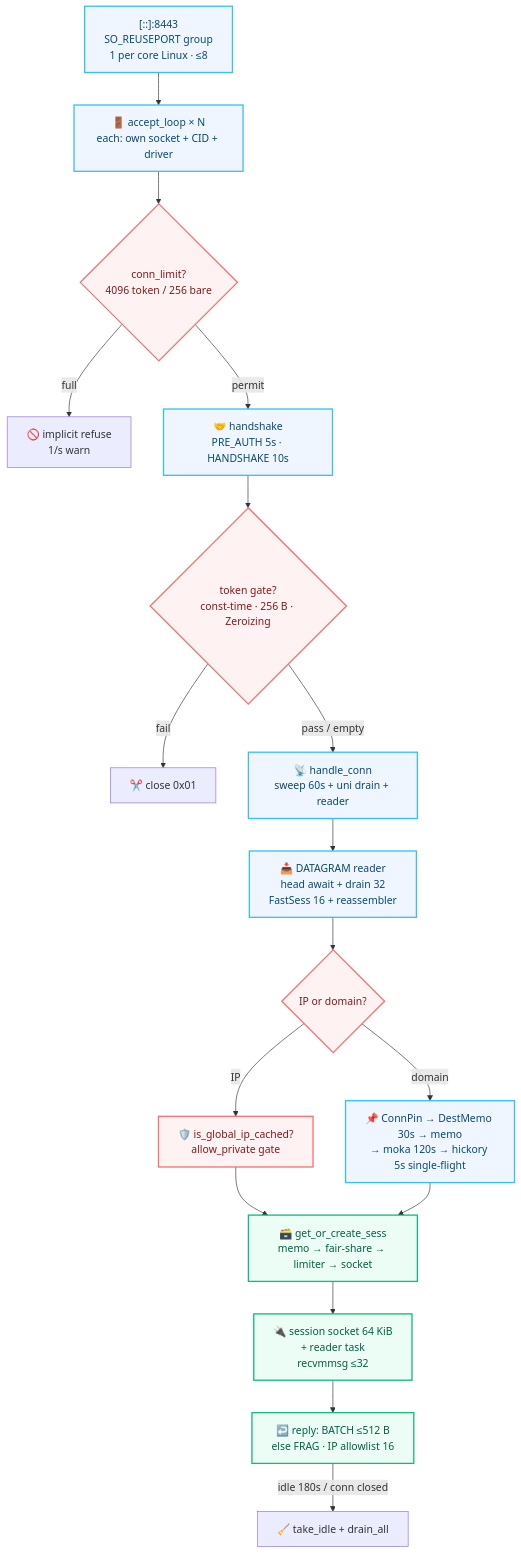
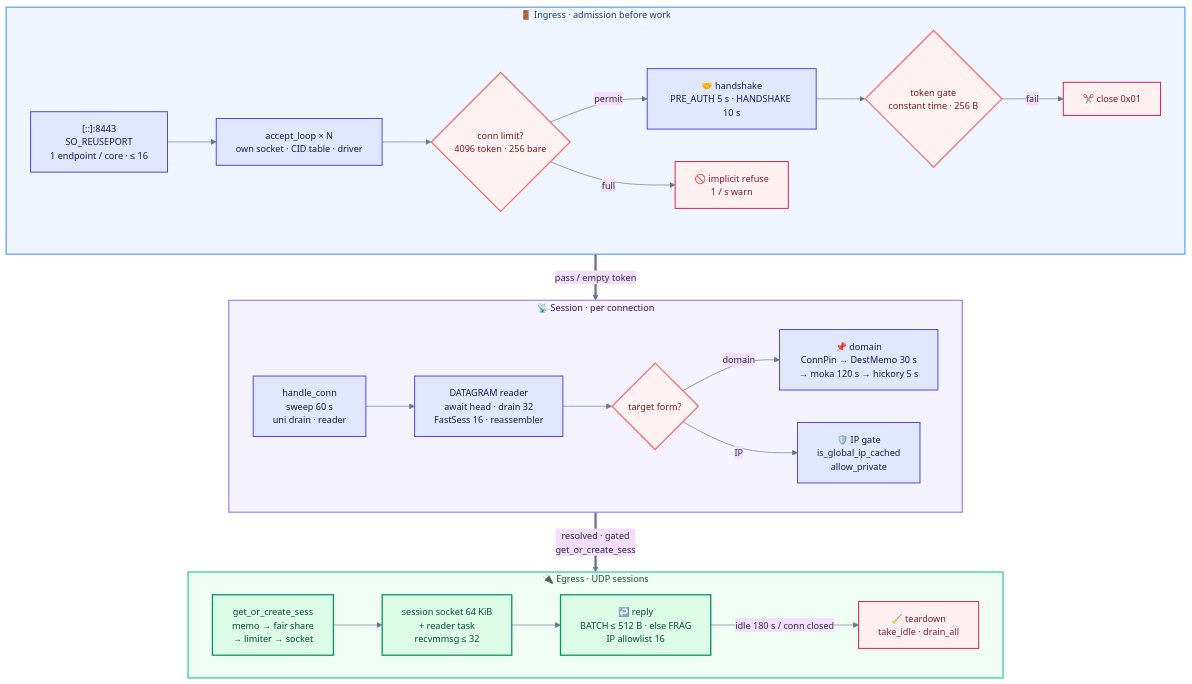
The seventh of 8 diagrams in README.md (Terutoki/MyQUIC2), drawn with Mermaid before and after one commit. The commit also changed other lines of this file, not shown here.

````diff
--- a/README.md
+++ b/README.md
@@ -259,26 +345,52 @@
 ```mermaid
+%%{init: {"theme":"base","themeVariables":{"fontSize":"14px","lineColor":"#64748b"}}}%%
 flowchart TB
-    L["[::]:8443<br/>SO_REUSEPORT group<br/>1 per core Linux · ≤8"] --> A["🚪 accept_loop × N<br/>each: own socket + CID + driver"]
-    A --> G{conn_limit?<br/>4096 token / 256 bare}
-    G -->|full| RF["🚫 implicit refuse<br/>1/s warn"]
-    G -->|permit| H["🤝 handshake<br/>PRE_AUTH 5s · HANDSHAKE 10s"]
-    H --> T{token gate?<br/>const-time · 256 B · Zeroizing}
-    T -->|fail| C1["✂️ close 0x01"]
-    T -->|pass / empty| HC["📡 handle_conn<br/>sweep 60s + uni drain + reader"]
-    HC --> R["📥 DATAGRAM reader<br/>head await + drain 32<br/>FastSess 16 + reassembler"]
-    R --> F{IP or domain?}
-    F -->|IP| SS["🛡️ is_global_ip_cached?<br/>allow_private gate"]
-    F -->|domain| DN["📌 ConnPin → DestMemo 30s → memo<br/>→ moka 120s → hickory 5s single-flight"]
-    SS --> GS["🗃️ get_or_create_sess<br/>memo → fair-share → limiter → socket"]
-    DN --> GS
-    GS --> SO["🔌 session socket 64 KiB<br/>+ reader task<br/>recvmmsg ≤32"]
-    SO --> RP["↩️ reply: BATCH ≤512 B<br/>else FRAG · IP allowlist 16"]
-    RP -->|idle 180s / conn closed| BYE["🧹 take_idle + drain_all"]
-
+    subgraph G1["🚪  Ingress · admission before work"]
+        direction LR
+        L["[::]:8443<br/>SO_REUSEPORT<br/>1 endpoint / core · ≤ 16"]
+        A["accept_loop × N<br/>own socket · CID table · driver"]
+        G{"conn limit?<br/>4096 token · 256 bare"}
+        H["🤝 handshake<br/>PRE_AUTH 5 s · HANDSHAKE 10 s"]
+        T{"token gate<br/>constant time · 256 B"}
+        RF["🚫 implicit refuse<br/>1 / s warn"]
+        C1["✂️ close 0x01"]
+        L --> A --> G
+        G -->|"permit"| H
+        G -->|"full"| RF
+        H --> T
+        T -->|"fail"| C1
+    end
+    subgraph G2["📡  Session · per connection"]
+        direction LR
+        HC["handle_conn<br/>sweep 60 s<br/>uni drain · reader"]
+        R["DATAGRAM reader<br/>await head · drain 32<br/>FastSess 16 · reassembler"]
+        F{"target form?"}
+        DN["📌 domain<br/>ConnPin → DestMemo 30 s<br/>→ moka 120 s → hickory 5 s"]
+        SS["🛡️ IP gate<br/>is_global_ip_cached<br/>allow_private"]
+        HC --> R --> F
+        F -->|"domain"| DN
+        F -->|"IP"| SS
+    end
+    subgraph G3["🔌  Egress · UDP sessions"]
+        direction LR
+        GS["get_or_create_sess<br/>memo → fair share<br/>→ limiter → socket"]
+        SO["session socket 64 KiB<br/>+ reader task<br/>recvmmsg ≤ 32"]
+        RP["↩️ reply<br/>BATCH ≤ 512 B · else FRAG<br/>IP allowlist 16"]
+        BYE["🧹 teardown<br/>take_idle · drain_all"]
+        GS --> SO --> RP
+        RP -->|"idle 180 s / conn closed"| BYE
+    end
+    G1 ==>|"pass / empty token"| G2
+    G2 ==>|"resolved · gated<br/>get_or_create_sess"| G3
+    style G1 fill:#eff6ff,stroke:#60a5fa,stroke-width:2px,color:#1e3a8a
+    style G2 fill:#f5f3ff,stroke:#a78bfa,stroke-width:2px,color:#2e1065
+    style G3 fill:#f0fdf4,stroke:#34d399,stroke-width:2px,color:#14532d
     classDef gate fill:#fef2f2,stroke:#f87171,stroke-width:2px,color:#7f1d1d
-    classDef good fill:#ecfdf5,stroke:#10b981,stroke-width:2px,color:#065f46
-    classDef infra fill:#eff6ff,stroke:#38bdf8,stroke-width:2px,color:#0c4a6e
-    class G,T,F,SS gate
+    classDef good fill:#dcfce7,stroke:#059669,stroke-width:2px,color:#064e3b
+    classDef infra fill:#e0e7ff,stroke:#4f46e5,stroke-width:1.5px,color:#1e1b4b
+    classDef deny fill:#fff1f2,stroke:#e11d48,stroke-width:1.5px,color:#881337
+    class G,T,F gate
     class GS,SO,RP good
-    class L,A,H,HC,R,DN infra
+    class L,A,H,HC,R,DN,SS infra
+    class RF,C1,BYE deny
 ```
````
